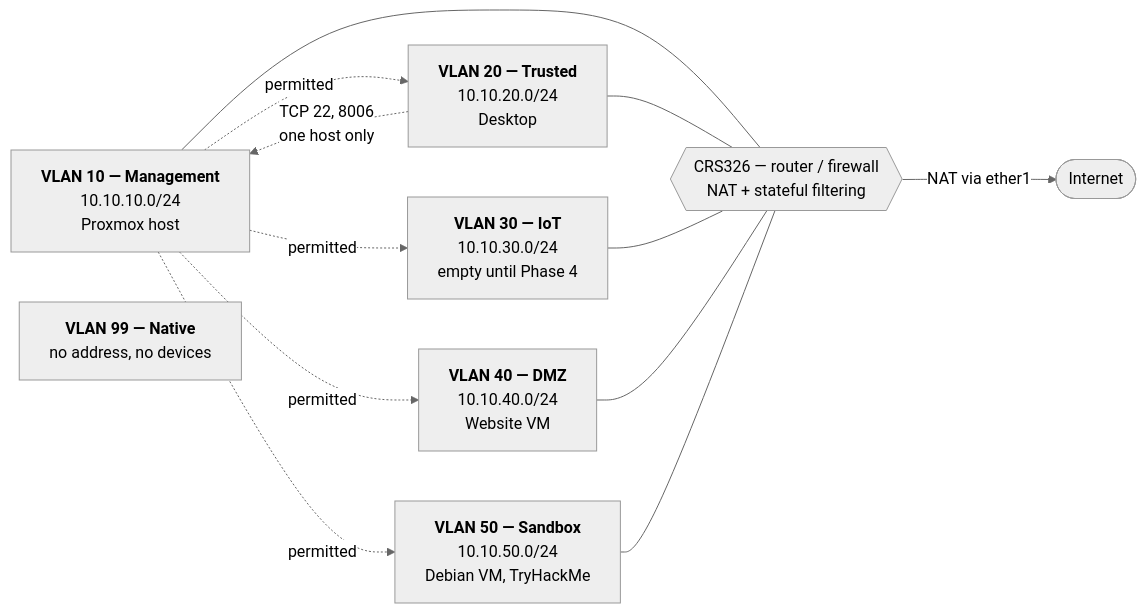
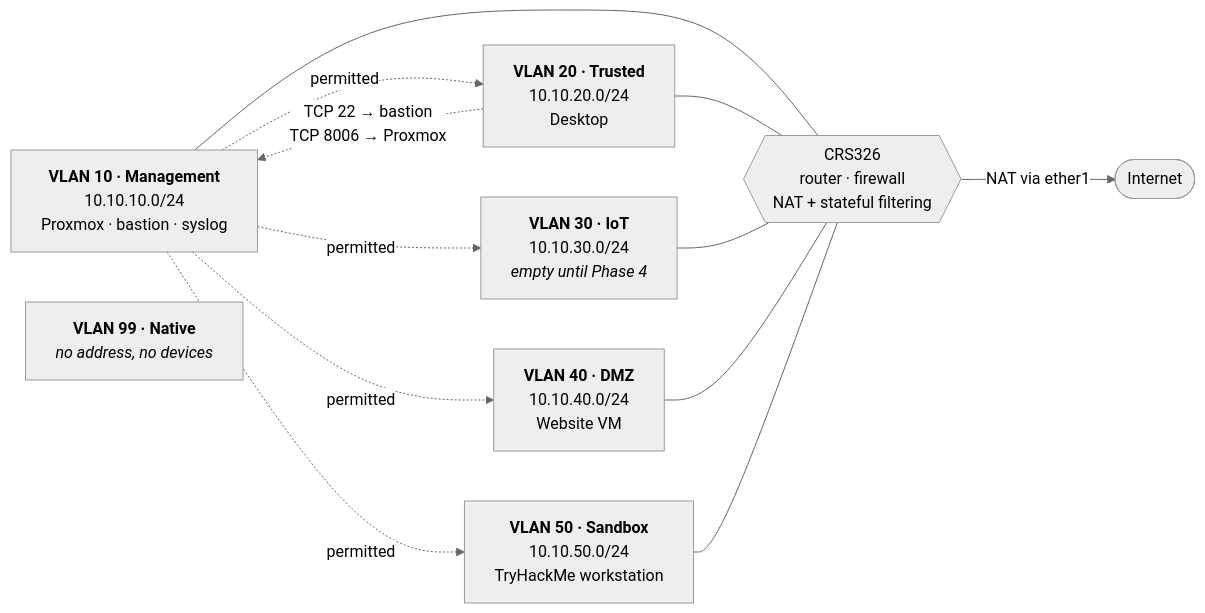
One commit to dmandevv/soc-python-homelab changed the second of 2 diagrams in network-diagrams.md. Above: the diagram before and after it, drawn with Mermaid (neutral theme). The commit also changed other lines of this file and 2 other files, not shown here.

````diff
--- a/network-diagrams.md
+++ b/network-diagrams.md
@@ -63,25 +87,25 @@
 ```mermaid
 graph LR
     WAN([Internet])
-    R{{"CRS326 — router / firewall<br/>NAT + stateful filtering"}}
+    R{{"CRS326<br/>router · firewall<br/>NAT + stateful filtering"}}
 
-    V10["<b>VLAN 10 — Management</b><br/>10.10.10.0/24<br/>Proxmox host"]
-    V20["<b>VLAN 20 — Trusted</b><br/>10.10.20.0/24<br/>Desktop"]
-    V30["<b>VLAN 30 — IoT</b><br/>10.10.30.0/24<br/>empty until Phase 4"]
-    V40["<b>VLAN 40 — DMZ</b><br/>10.10.40.0/24<br/>Website VM"]
-    V50["<b>VLAN 50 — Sandbox</b><br/>10.10.50.0/24<br/>Debian VM, TryHackMe"]
-    V99["<b>VLAN 99 — Native</b><br/>no address, no devices"]
+    V10["<b>VLAN 10 · Management</b><br/>10.10.10.0/24<br/>Proxmox · bastion · syslog"]
+    V20["<b>VLAN 20 · Trusted</b><br/>10.10.20.0/24<br/>Desktop"]
+    V30["<b>VLAN 30 · IoT</b><br/>10.10.30.0/24<br/><i>empty until Phase 4</i>"]
+    V40["<b>VLAN 40 · DMZ</b><br/>10.10.40.0/24<br/>Website VM"]
+    V50["<b>VLAN 50 · Sandbox</b><br/>10.10.50.0/24<br/>TryHackMe workstation"]
+    V99["<b>VLAN 99 · Native</b><br/><i>no address, no devices</i>"]
 
     V10 --- R
     V20 --- R
     V30 --- R
     V40 --- R
     V50 --- R
     R -->|"NAT via ether1"| WAN
 
     V10 -.->|"permitted"| V20
     V10 -.->|"permitted"| V30
     V10 -.->|"permitted"| V40
     V10 -.->|"permitted"| V50
-    V20 -.->|"TCP 22, 8006<br/>one host only"| V10
+    V20 -.->|"TCP 22 → bastion<br/>TCP 8006 → Proxmox"| V10
 ```
````
